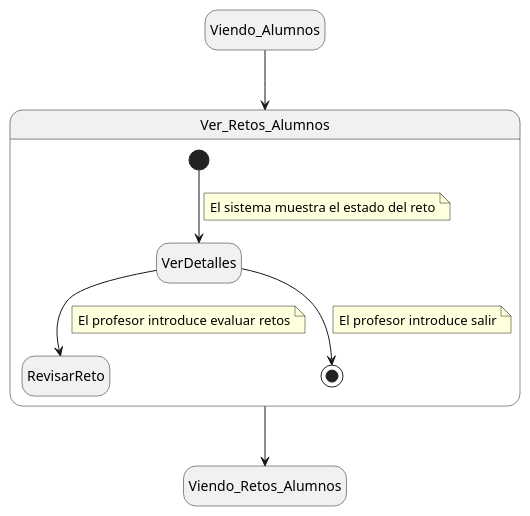
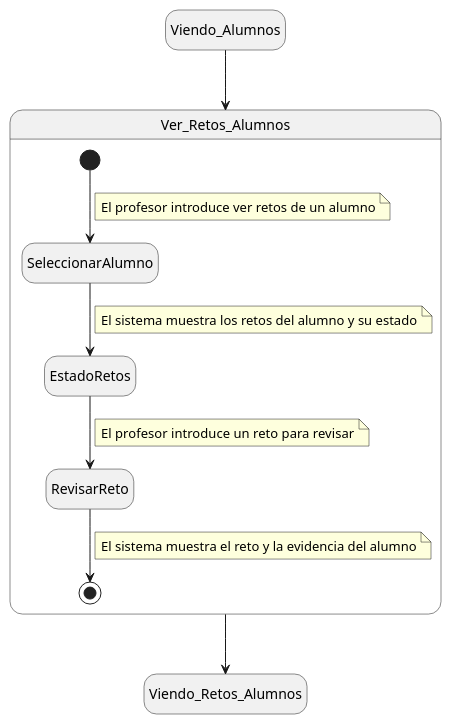
Before and after one commit to mmasias/24-25-IdSw1-SDR: the diagram in Documentos/DetallarCasosDeUso/Profesor/Ver_Retos_Alumnos.puml, drawn with PlantUML. The commit also changed 1 other file, not shown here.

Commit message:
Ver Reto Alumno

```diff
--- a/Documentos/DetallarCasosDeUso/Profesor/Ver_Retos_Alumnos.puml
+++ b/Documentos/DetallarCasosDeUso/Profesor/Ver_Retos_Alumnos.puml
@@ -1,26 +1,29 @@
 @startuml Ver_Retos_Alumnos
 
 hide empty description
 
 state Viendo_Alumnos
 state Viendo_Retos_Alumnos
 state Ver_Retos_Alumnos {
-    [*] --> VerDetalles
+    [*] --> SeleccionarAlumno
     note on link
-        El sistema muestra el estado del reto
+        El profesor introduce ver retos de un alumno
     end note
-    VerDetalles --> RevisarReto
+    SeleccionarAlumno --> EstadoRetos
     note on link
-        El profesor introduce evaluar retos
+        El sistema muestra los retos del alumno y su estado
     end note
-    VerDetalles --> [*]
+    EstadoRetos --> RevisarReto
     note on link
-        El profesor introduce salir
+        El profesor introduce un reto para revisar
     end note
-
+    RevisarReto --> [*]
+    note on link
+        El sistema muestra el reto y la evidencia del alumno
+    end note
 }
 
 Viendo_Alumnos --> Ver_Retos_Alumnos
 Ver_Retos_Alumnos --> Viendo_Retos_Alumnos
 
 @enduml
```
